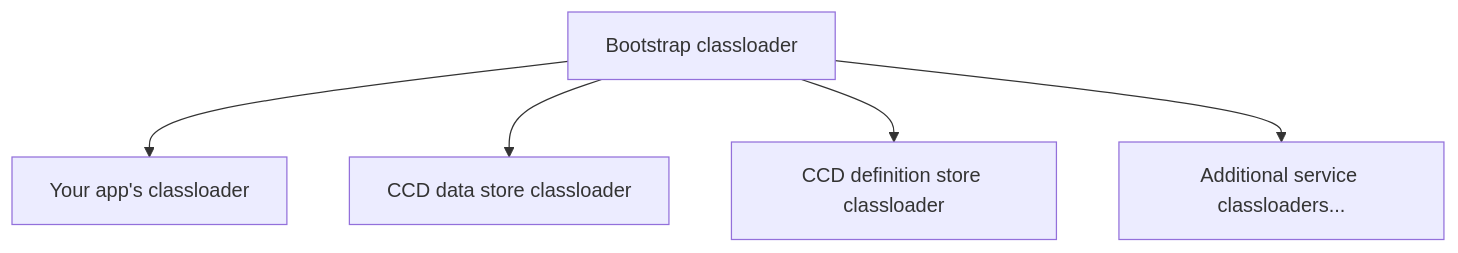
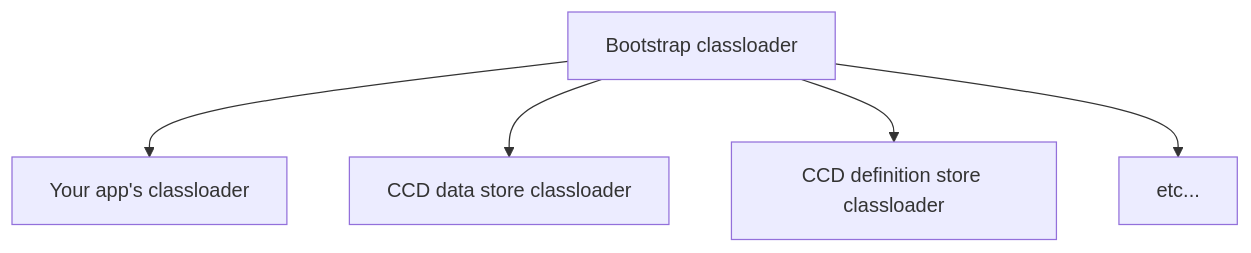
One commit to hmcts/rse-cft-lib changed the diagram in README.md. Above: the diagram before and after it, drawn with Mermaid. The commit also changed other lines of this file, not shown here.

````diff
--- a/README.md
+++ b/README.md
@@ -261,7 +261,7 @@
 ```mermaid
 graph TD;
     boot[Bootstrap classloader]-->app[Your app's classloader];
     boot-->datastore[CCD data store classloader];
     boot-->definition[CCD definition store classloader];
-    boot-->etc[Additional service classloaders...];
+    boot-->etc[etc...];
 ```
````
